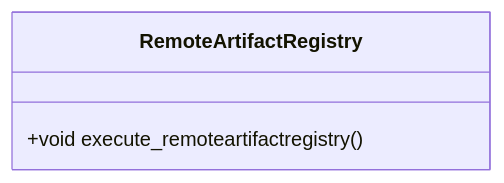
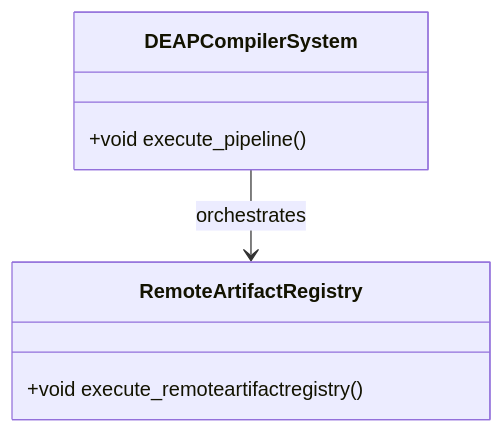
Before and after one commit to gintatkinson/dumpiler-01: the diagram in docs/features/FEAT-03-RemoteArtifactRegistry.md, drawn with Mermaid. The commit also changed other lines of this file and 90 other files, not shown here.

````diff
--- a/docs/features/FEAT-03-RemoteArtifactRegistry.md
+++ b/docs/features/FEAT-03-RemoteArtifactRegistry.md
@@ -25,6 +25,10 @@
 ```mermaid
 classDiagram
+    class DEAPCompilerSystem {
+        +void execute_pipeline()
+    }
     class RemoteArtifactRegistry {
         +void execute_remoteartifactregistry()
     }
+    DEAPCompilerSystem --> RemoteArtifactRegistry : orchestrates
 ```
````
